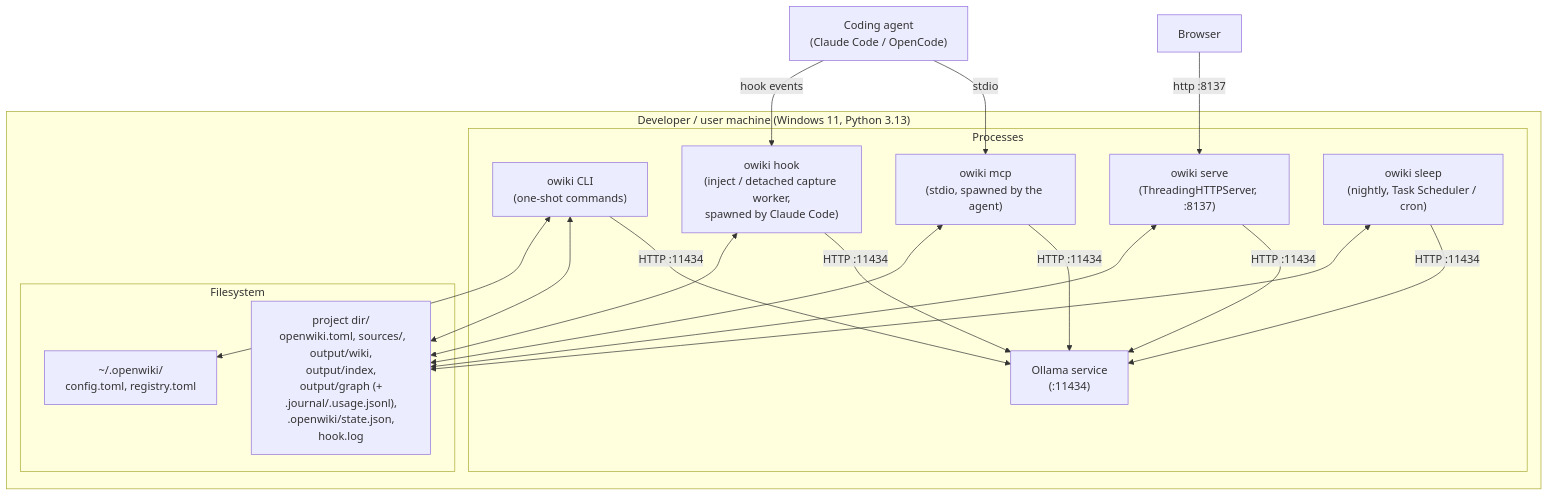
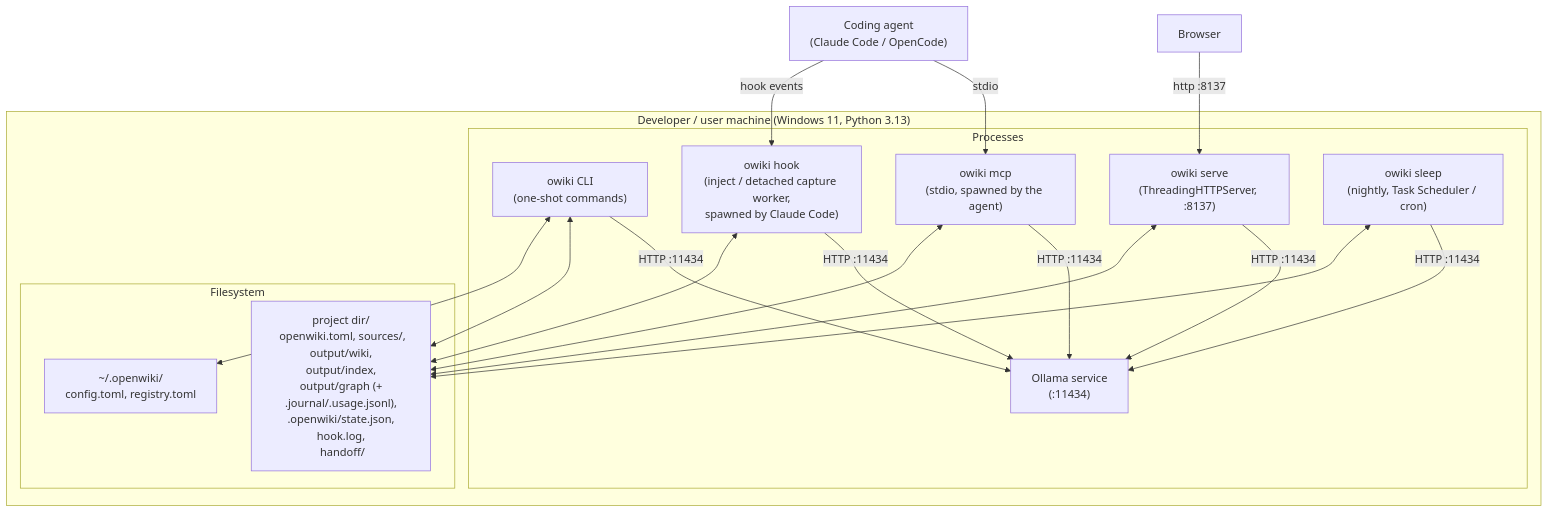
Before and after one commit to Neuroant/OpenWiki: the diagram in docs/arc42/07-deployment-view.md, drawn with Mermaid. The commit also changed other lines of this file and 26 other files, not shown here.

````diff
--- a/docs/arc42/07-deployment-view.md
+++ b/docs/arc42/07-deployment-view.md
@@ -10,23 +10,23 @@
 ```mermaid
 flowchart TB
   subgraph host["Developer / user machine (Windows 11, Python 3.13)"]
     subgraph procs["Processes"]
       cliP["owiki CLI\n(one-shot commands)"]
       serveP["owiki serve\n(ThreadingHTTPServer, :8137)"]
       mcpP["owiki mcp\n(stdio, spawned by the agent)"]
       hookP["owiki hook\n(inject / detached capture worker,\nspawned by Claude Code)"]
       sleepP["owiki sleep\n(nightly, Task Scheduler / cron)"]
       ollama["Ollama service\n(:11434)"]
     end
     subgraph disk["Filesystem"]
-      proj["project dir/\n openwiki.toml, sources/,\n output/wiki, output/index,\n output/graph (+ .journal/.usage.jsonl),\n .openwiki/state.json, hook.log"]
+      proj["project dir/\n openwiki.toml, sources/,\n output/wiki, output/index,\n output/graph (+ .journal/.usage.jsonl),\n .openwiki/state.json, hook.log,\n handoff/"]
       home["~/.openwiki/\n config.toml, registry.toml"]
     end
   end
   browser["Browser"] -->|http :8137| serveP
   agentApp["Coding agent\n(Claude Code / OpenCode)"] -->|stdio| mcpP
   agentApp -->|hook events| hookP
   cliP & serveP & mcpP & hookP & sleepP -->|HTTP :11434| ollama
   cliP & serveP & mcpP & hookP & sleepP <--> proj
   cliP <--> home
 ```
````
